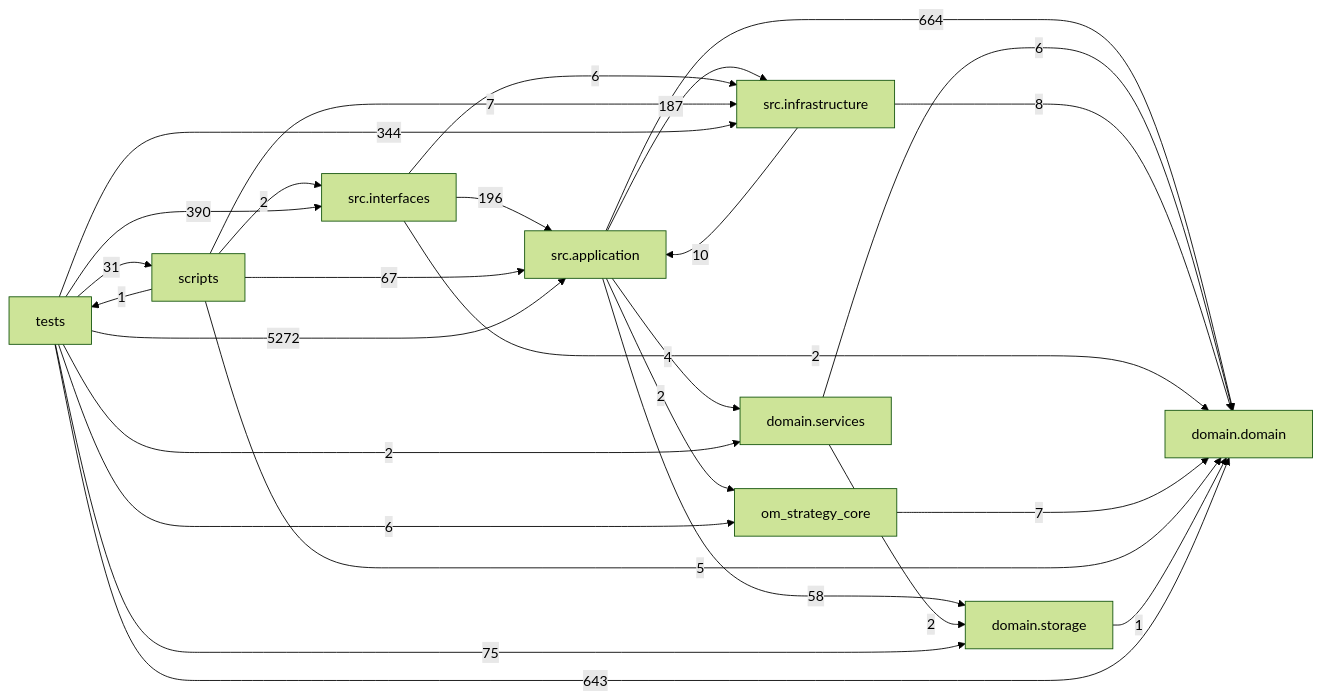
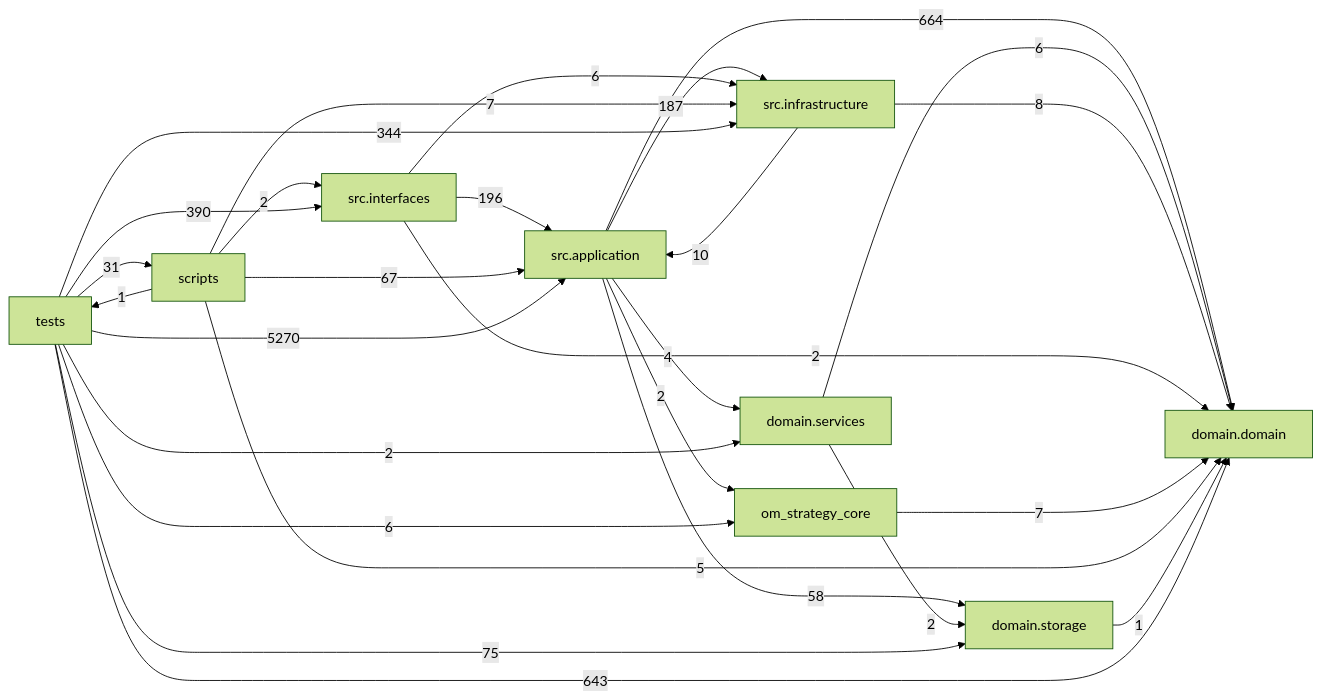
The diagram in docs/DEPENDENCY_GRAPH.md (liuxie066/options-monitor), drawn with Mermaid (forest theme) before and after one commit. The commit also changed other lines of this file and 5 other files, not shown here.

````diff
--- a/docs/DEPENDENCY_GRAPH.md
+++ b/docs/DEPENDENCY_GRAPH.md
@@ -24,38 +24,38 @@
 ```mermaid
 flowchart LR
   tests["tests"]
   scripts["scripts"]
   interfaces["src.interfaces"]
   application["src.application"]
   infrastructure["src.infrastructure"]
   domain_services["domain.services"]
   domain["domain.domain"]
   storage["domain.storage"]
   application -->|664| domain
   application -->|4| domain_services
   application -->|187| infrastructure
   application -->|2| om_strategy_core
   application -->|58| storage
   domain_services -->|6| domain
   domain_services -->|2| storage
   infrastructure -->|10| application
   infrastructure -->|8| domain
   interfaces -->|196| application
   interfaces -->|2| domain
   interfaces -->|6| infrastructure
   om_strategy_core -->|7| domain
   scripts -->|67| application
   scripts -->|5| domain
   scripts -->|7| infrastructure
   scripts -->|2| interfaces
   scripts -->|1| tests
   storage -->|1| domain
-  tests -->|5272| application
+  tests -->|5270| application
   tests -->|643| domain
   tests -->|2| domain_services
   tests -->|344| infrastructure
   tests -->|390| interfaces
   tests -->|6| om_strategy_core
   tests -->|31| scripts
   tests -->|75| storage
 ```
````
